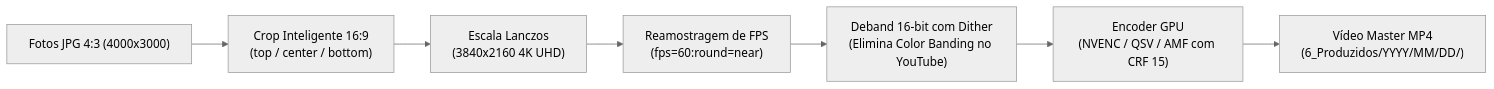
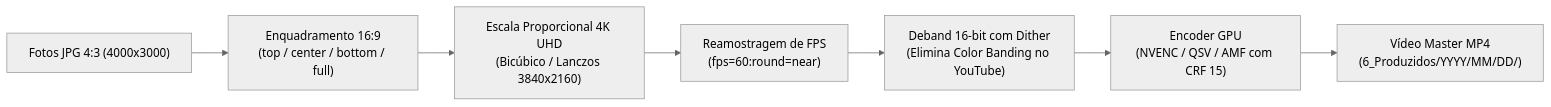
One commit to felipeph/IRIS changed the diagram in docs/modulos/06-timelapse-4k.md. Above: the diagram before and after it, drawn with Mermaid (neutral theme). The commit also changed other lines of this file and 8 other files, not shown here.

````diff
--- a/docs/modulos/06-timelapse-4k.md
+++ b/docs/modulos/06-timelapse-4k.md
@@ -35,9 +40,9 @@
 ```mermaid
 flowchart LR
-    INPUT["Fotos JPG 4:3 (4000x3000)"] --> CROP["Crop Inteligente 16:9\n(top / center / bottom)"]
-    CROP --> SCALE["Escala Lanczos\n(3840x2160 4K UHD)"]
+    INPUT["Fotos JPG 4:3 (4000x3000)"] --> CROP["Enquadramento 16:9\n(top / center / bottom / full)"]
+    CROP --> SCALE["Escala Proporcional 4K UHD\n(Bicúbico / Lanczos 3840x2160)"]
     SCALE --> FPS["Reamostragem de FPS\n(fps=60:round=near)"]
     FPS --> DEBAND["Deband 16-bit com Dither\n(Elimina Color Banding no YouTube)"]
     DEBAND --> ENCODER["Encoder GPU\n(NVENC / QSV / AMF com CRF 15)"]
     ENCODER --> OUTPUT["Vídeo Master MP4\n(6_Produzidos/YYYY/MM/DD/)"]
 ```
````
